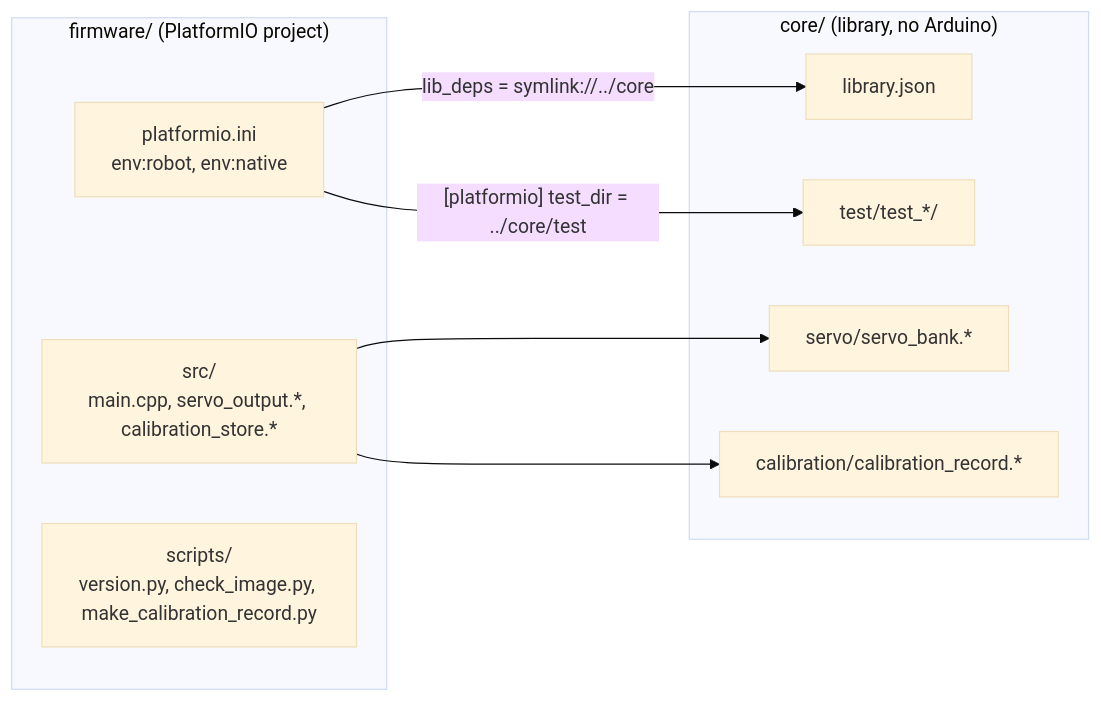
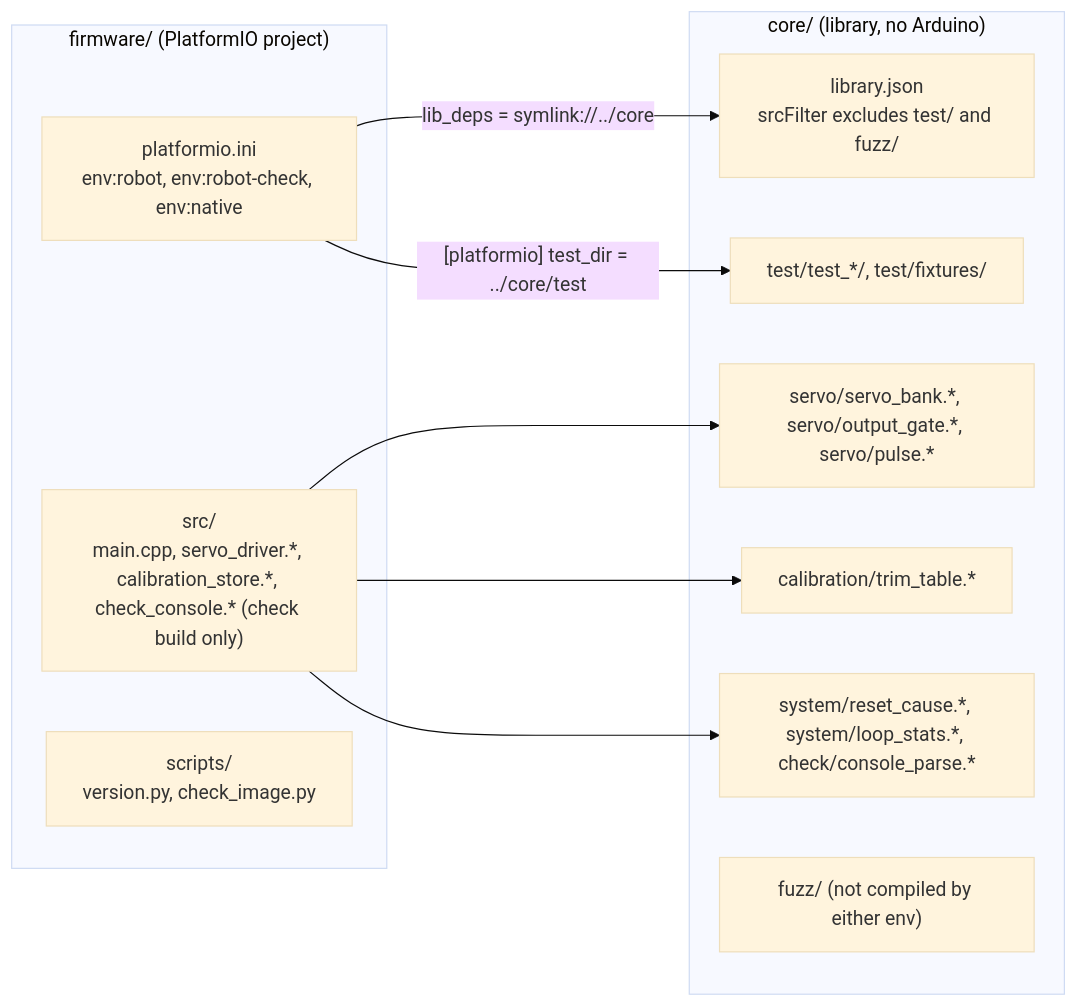
Before and after one commit to blackfyre/mini-spooder: the first of 4 diagrams in openspec/changes/firmware-foundation/design.md, drawn with Mermaid (base theme). The commit also changed other lines of this file and 5 other files, not shown here.

````diff
--- a/openspec/changes/firmware-foundation/design.md
+++ b/openspec/changes/firmware-foundation/design.md
@@ -31,18 +39,21 @@
 ```mermaid
 flowchart LR
   subgraph firmware["firmware/ (PlatformIO project)"]
-    ini["platformio.ini<br/>env:robot, env:native"]
-    src["src/<br/>main.cpp, servo_output.*, calibration_store.*"]
-    scripts["scripts/<br/>version.py, check_image.py, make_calibration_record.py"]
+    ini["platformio.ini<br/>env:robot, env:robot-check, env:native"]
+    src["src/<br/>main.cpp, servo_driver.*, calibration_store.*, check_console.* (check build only)"]
+    scripts["scripts/<br/>version.py, check_image.py"]
   end
   subgraph core["core/ (library, no Arduino)"]
-    lib["library.json"]
-    servo["servo/servo_bank.*"]
-    cal["calibration/calibration_record.*"]
-    tests["test/test_*/"]
+    lib["library.json<br/>srcFilter excludes test/ and fuzz/"]
+    servo["servo/servo_bank.*, servo/output_gate.*, servo/pulse.*"]
+    cal["calibration/trim_table.*"]
+    sys["system/reset_cause.*, system/loop_stats.*, check/console_parse.*"]
+    tests["test/test_*/, test/fixtures/"]
+    fuzz["fuzz/ (not compiled by either env)"]
   end
   ini -- "lib_deps = symlink://../core" --> lib
   ini -- "[platformio] test_dir = ../core/test" --> tests
   src --> servo
   src --> cal
+  src --> sys
 ```
````
